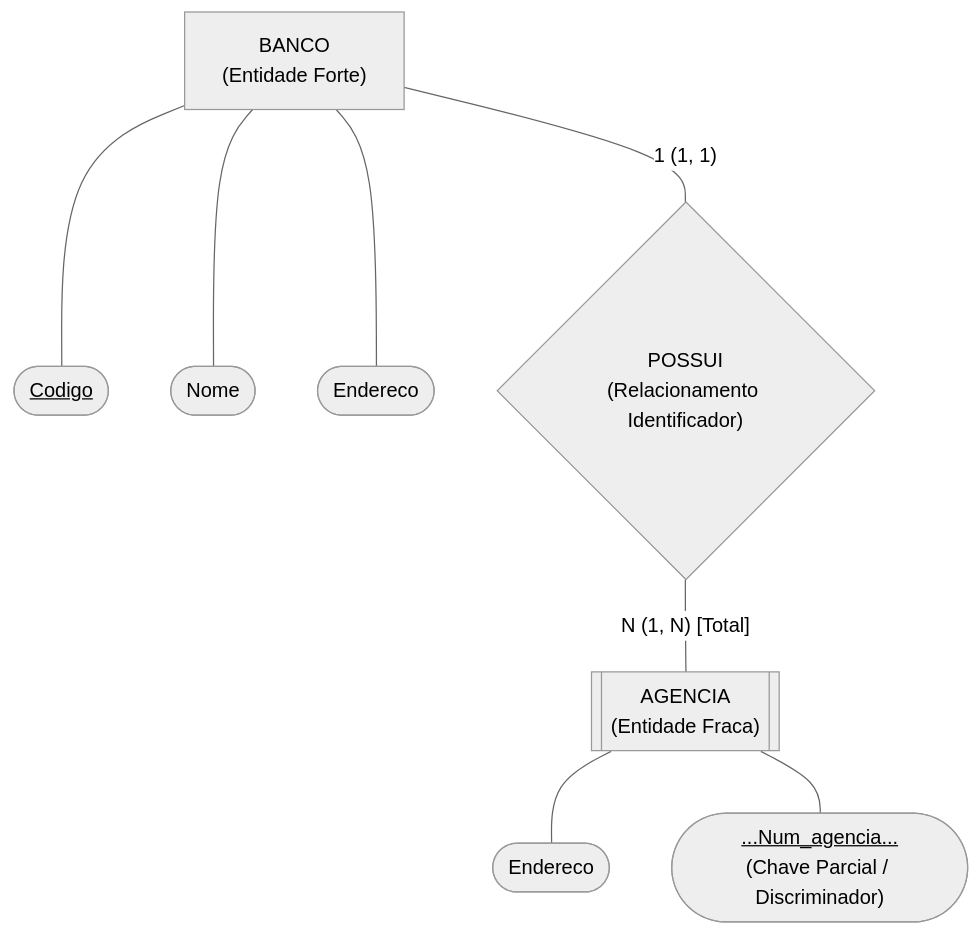
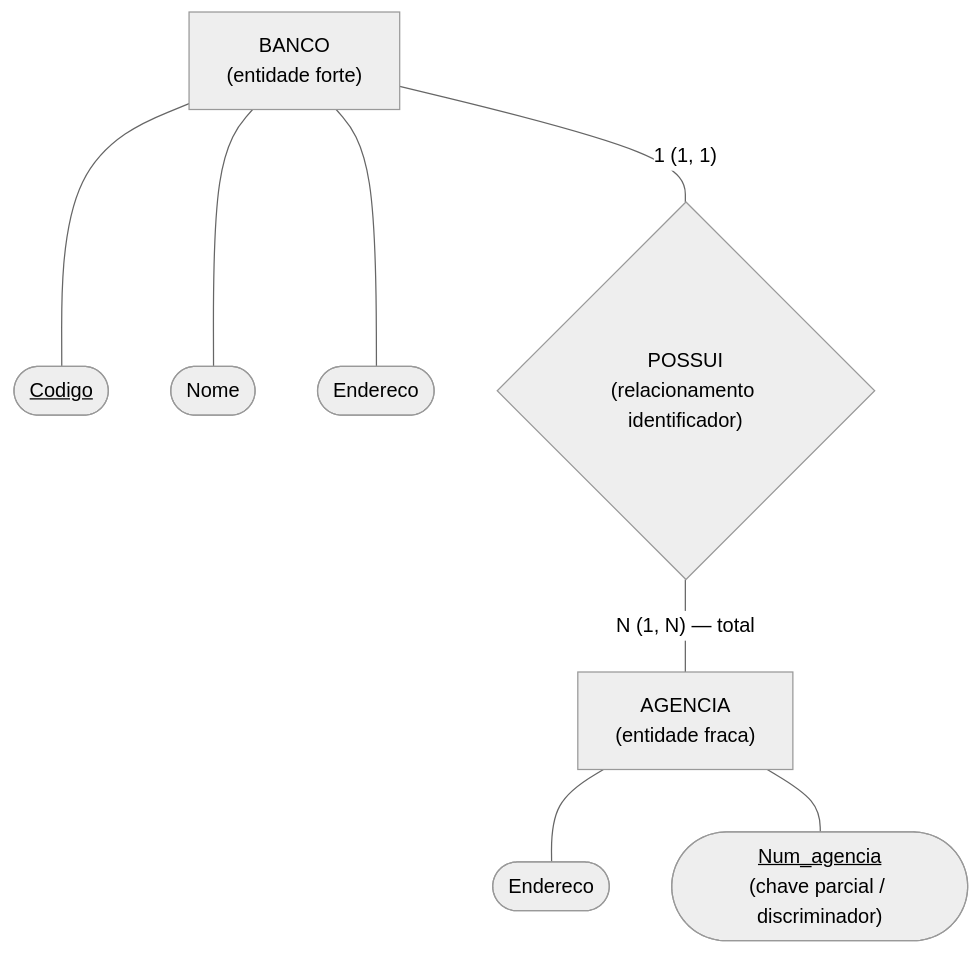
Before and after one commit to leorruas/puc: the first of 4 diagrams in 02. Modelagem de Dados/07. Modelo de entidades e relacionamentos estendido.md, drawn with Mermaid (neutral theme). The commit also changed 1 other file, not shown here.

Commit message:
fix(mermaid): simplify diagram 1 syntax to robust standard nodes and update log.md

````diff
--- a/02. Modelagem de Dados/07. Modelo de entidades e relacionamentos estendido.md
+++ b/02. Modelagem de Dados/07. Modelo de entidades e relacionamentos estendido.md
@@ -63,20 +63,20 @@
 ```mermaid
 flowchart TD
-    Banco["BANCO<br>(Entidade Forte)"]
+    Banco["BANCO<br>(entidade forte)"]
     CodBanco(["<u>Codigo</u>"])
     NomeBanco(["Nome"])
     EndBanco(["Endereco"])
 
     Banco --- CodBanco
     Banco --- NomeBanco
     Banco --- EndBanco
 
-    Banco ---|"1 (1, 1)"| RelPossui{"POSSUI<br>(Relacionamento Identificador)"}
-    RelPossui ---|"N (1, N) [Total]"| Agencia[["AGENCIA<br>(Entidade Fraca)"]]
+    Banco ---|"1 (1, 1)"| RelPossui{"POSSUI<br>(relacionamento identificador)"}
+    RelPossui ---|"N (1, N) — total"| Agencia["AGENCIA<br>(entidade fraca)"]
 
     EndAgencia(["Endereco"])
-    NumAgencia(["<u>...Num_agencia...</u><br>(Chave Parcial / Discriminador)"])
+    NumAgencia(["<u>Num_agencia</u><br>(chave parcial / discriminador)"])
 
     Agencia --- EndAgencia
     Agencia --- NumAgencia
 ```
````
